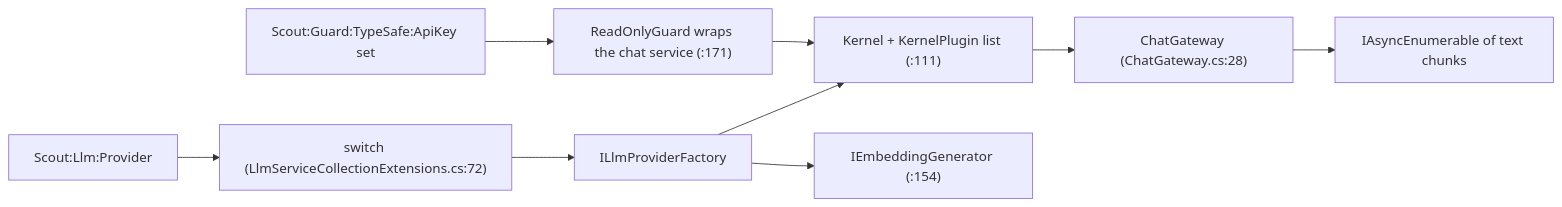
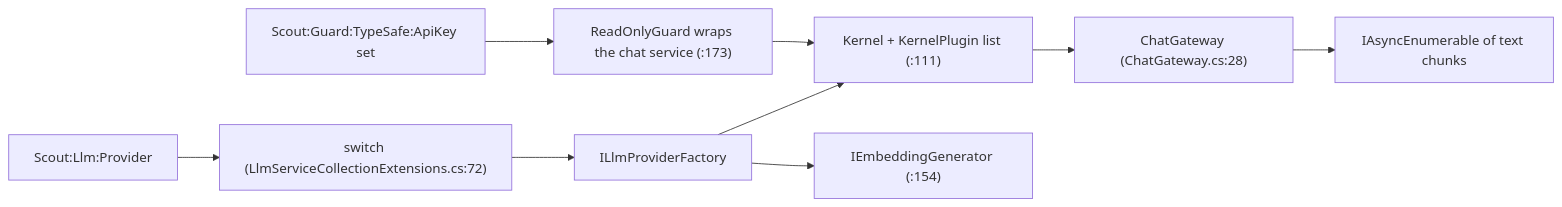
The diagram in vault/pages/services/llm.md (vitorafgomes/scout), drawn with Mermaid before and after one commit. The commit also changed other lines of this file and 81 other files, not shown here.

````diff
--- a/vault/pages/services/llm.md
+++ b/vault/pages/services/llm.md
@@ -43,11 +44,11 @@
 ```mermaid
 flowchart LR
     cfg["Scout:Llm:Provider"] --> sw["switch (LlmServiceCollectionExtensions.cs:72)"]
     sw --> fac["ILlmProviderFactory"]
     fac --> k["Kernel + KernelPlugin list (:111)"]
-    guard["Scout:Guard:TypeSafe:ApiKey set"] --> g["ReadOnlyGuard wraps the chat service (:171)"]
+    guard["Scout:Guard:TypeSafe:ApiKey set"] --> g["ReadOnlyGuard wraps the chat service (:173)"]
     g --> k
     k --> gw["ChatGateway (ChatGateway.cs:28)"]
     fac --> emb["IEmbeddingGenerator (:154)"]
     gw --> out["IAsyncEnumerable of text chunks"]
 ```
````
